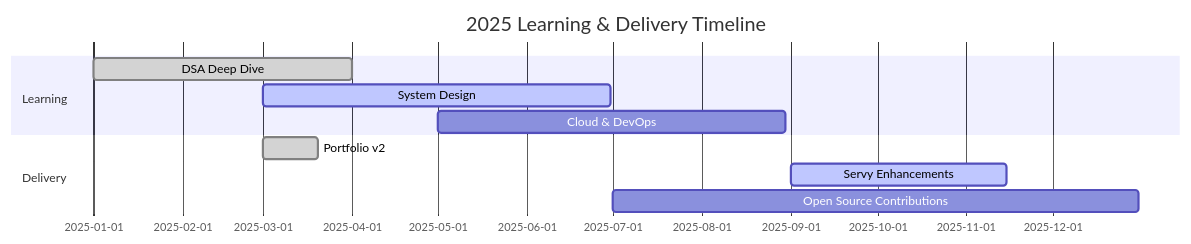
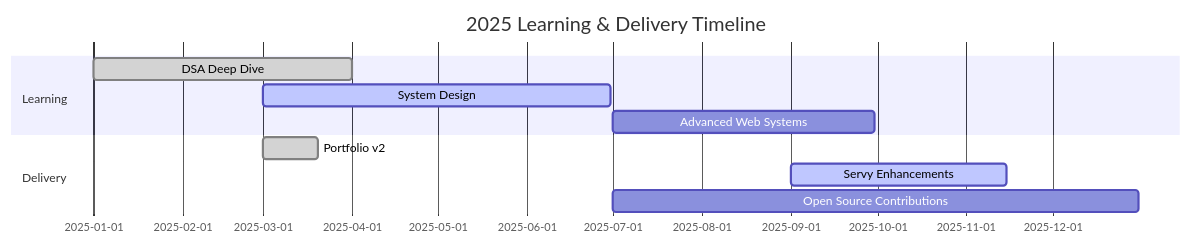
Before and after one commit to Rohith-dev-10/Rohith-dev-10: the diagram in README.md, drawn with Mermaid. The commit also changed other lines of this file, not shown here.

Commit message:
Remove private Focus Widgets, replace DevOps naming, and animate full name in header

````diff
--- a/README.md
+++ b/README.md
@@ -52,13 +52,13 @@
 ```mermaid
 gantt
     dateFormat  YYYY-MM-DD
     title 2025 Learning & Delivery Timeline
     section Learning
     DSA Deep Dive           :done,    des1, 2025-01-01,2025-04-01
     System Design           :active,  des2, 2025-03-01,2025-06-30
-    Cloud & DevOps          :         des3, 2025-05-01,2025-08-30
+    Advanced Web Systems    :         des3, 2025-07-01,2025-09-30
     section Delivery
     Portfolio v2            :done,    del1, 2025-03-01,2025-03-20
     Servy Enhancements      :active,  del2, 2025-09-01,2025-11-15
     Open Source Contributions:        del3, 2025-07-01,2025-12-31
 ```
````
